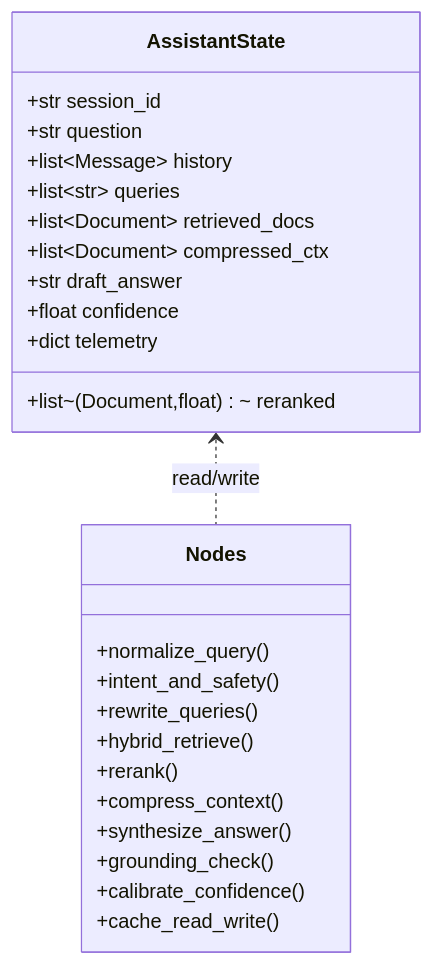
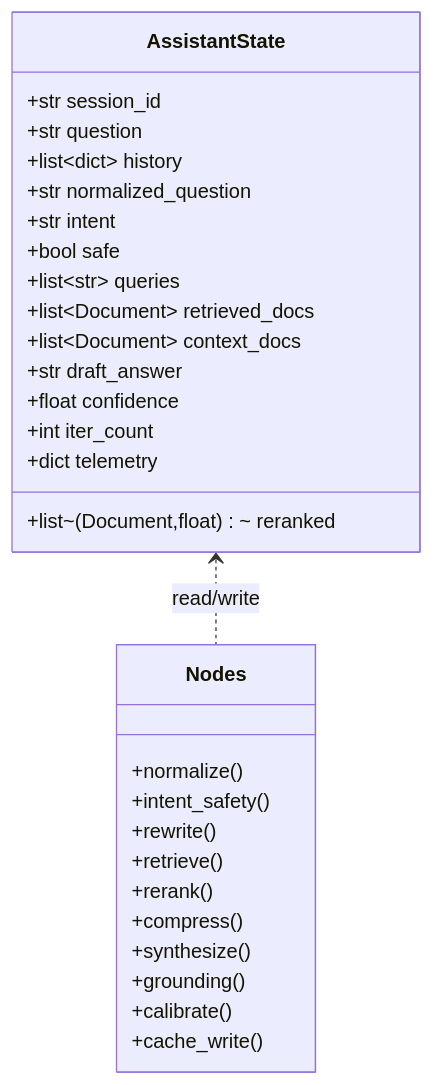
Before and after one commit to GoSimplicity/AI-CloudOps-aiops: the second of 3 diagrams in docs/assistant_guide.md, drawn with Mermaid. The commit also changed other lines of this file and 16 other files, not shown here.

````diff
--- a/docs/assistant_guide.md
+++ b/docs/assistant_guide.md
@@ -29,30 +35,34 @@
 ```mermaid
 classDiagram
   class AssistantState {
     +str session_id
     +str question
-    +list~Message~ history
+    +list~dict~ history
+    +str normalized_question
+    +str intent
+    +bool safe
     +list~str~ queries
     +list~Document~ retrieved_docs
     +list~(Document,float)~ reranked
-    +list~Document~ compressed_ctx
+    +list~Document~ context_docs
     +str draft_answer
     +float confidence
+    +int iter_count
     +dict telemetry
   }
 
   class Nodes {
-    +normalize_query()
-    +intent_and_safety()
-    +rewrite_queries()
-    +hybrid_retrieve()
+    +normalize()
+    +intent_safety()
+    +rewrite()
+    +retrieve()
     +rerank()
-    +compress_context()
-    +synthesize_answer()
-    +grounding_check()
-    +calibrate_confidence()
-    +cache_read_write()
+    +compress()
+    +synthesize()
+    +grounding()
+    +calibrate()
+    +cache_write()
   }
 
   AssistantState <.. Nodes: read/write
 ```
````
